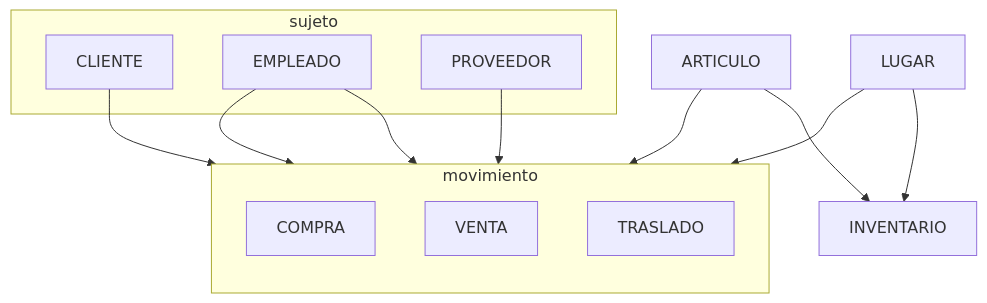
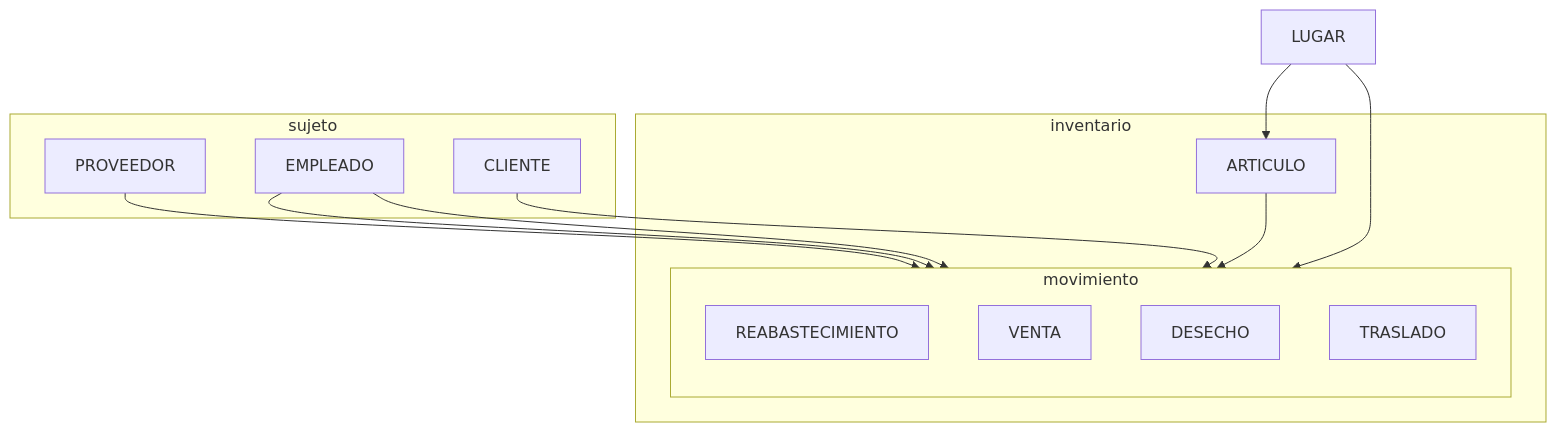
One commit to Rarity03/docs changed the first of 2 diagrams in README.md. Above: the diagram before and after it, drawn with Mermaid. The commit also changed other lines of this file, not shown here.

````diff
--- a/README.md
+++ b/README.md
@@ -36,23 +39,27 @@
 ```mermaid
 flowchart TD
-    ARTICULO-->INVENTARIO;
-    LUGAR-->INVENTARIO;      
-    subgraph movimiento
-        direction TB
-        COMPRA;
-        VENTA;
-        TRASLADO;
-    end
+    LUGAR-->ARTICULO;    
     subgraph sujeto
-
         CLIENTE
         EMPLEADO
         PROVEEDOR
     end
-    PROVEEDOR-->COMPRA;
+
+    subgraph inventario
+        ARTICULO;
+      
+        subgraph movimiento
+            direction TB
+            REABASTECIMIENTO;
+            VENTA;
+            DESECHO;
+            TRASLADO;
+        end
+    end
+    PROVEEDOR-->REABASTECIMIENTO;
     EMPLEADO-->VENTA;
     EMPLEADO-->TRASLADO
     CLIENTE-->VENTA;
     ARTICULO-->movimiento;
-    LUGAR-->movimiento; 
+    LUGAR-->movimiento;
 ```
````
